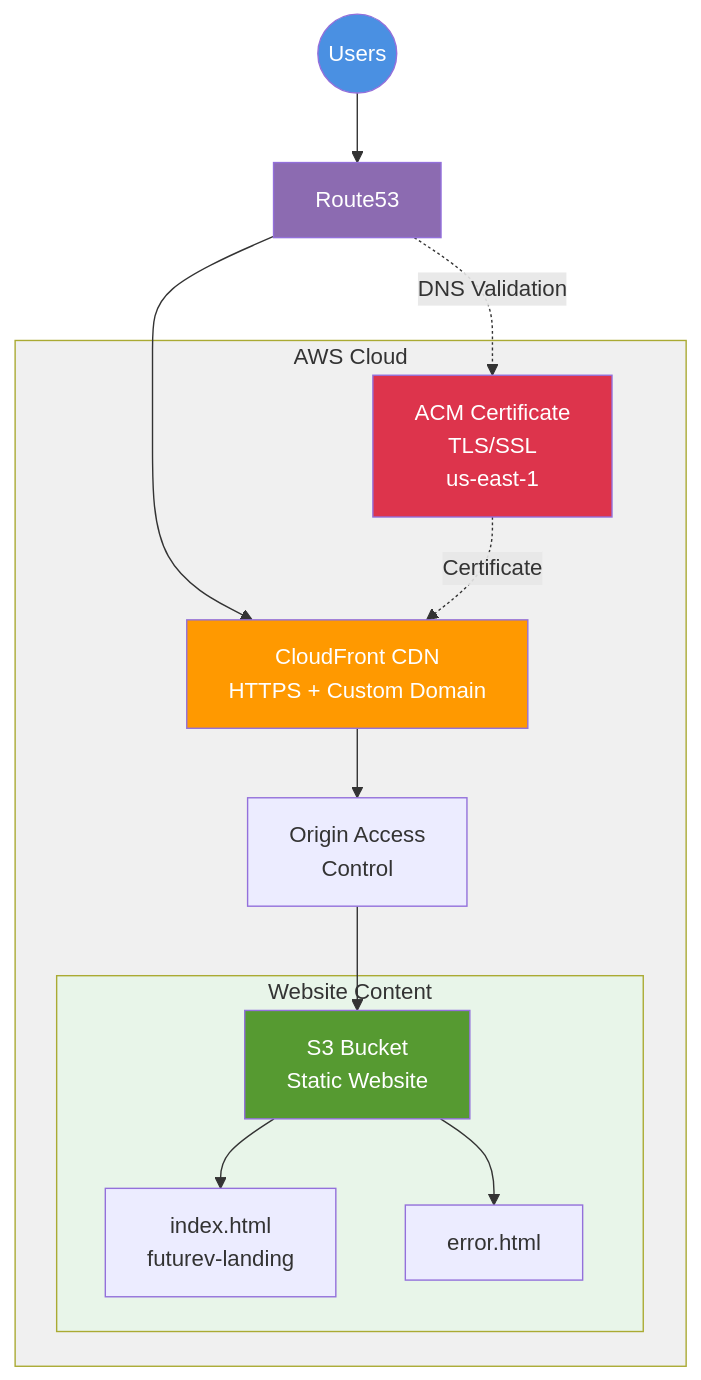
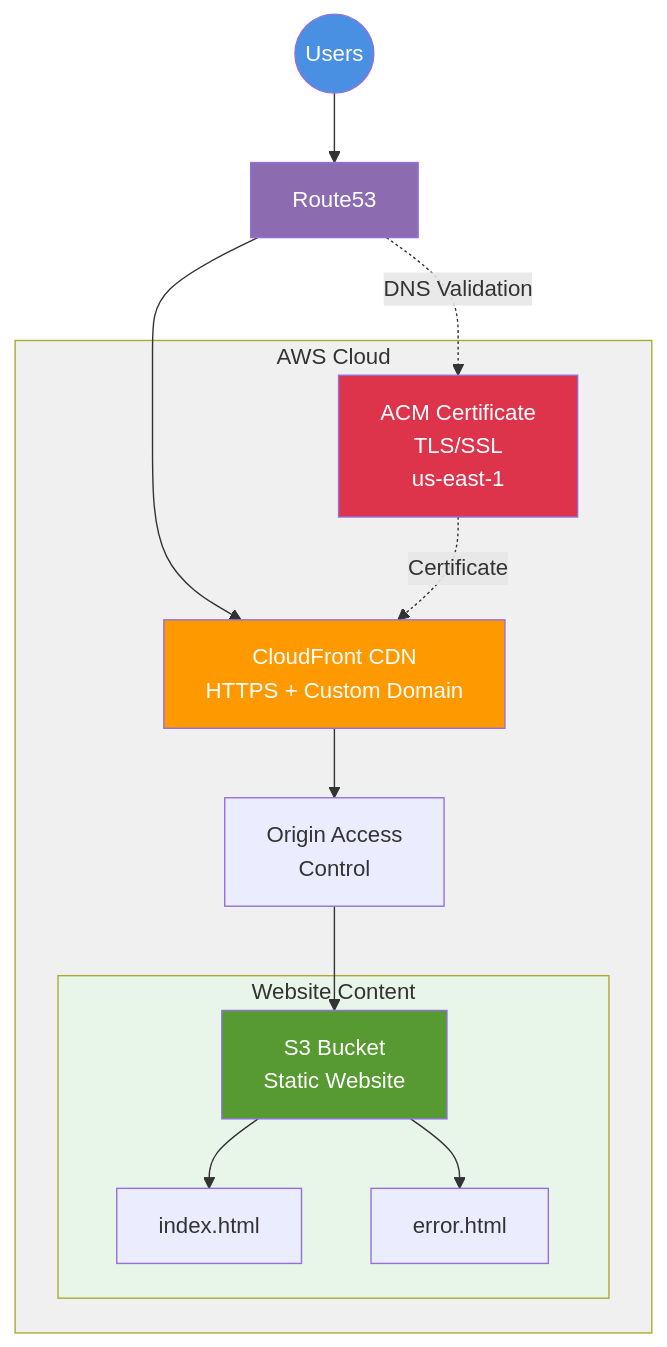
One commit to vegatros/repo1 changed the diagram in terraform/live/aws/stacks/app5/README.md. Above: the diagram before and after it, drawn with Mermaid.

Commit message:
remove domain reference from app5 mermaid diagram

````diff
--- a/terraform/live/aws/stacks/app5/README.md
+++ b/terraform/live/aws/stacks/app5/README.md
@@ -7,28 +7,28 @@
 ```mermaid
 graph TB
     Users((Users)) --> R53[Route53]
     R53 --> CF[CloudFront CDN<br/>HTTPS + Custom Domain]
     
     subgraph AWS["AWS Cloud"]
         CF --> OAC[Origin Access<br/>Control]
         OAC --> S3[S3 Bucket<br/>Static Website]
         
         ACM[ACM Certificate<br/>TLS/SSL<br/>us-east-1]
         
         subgraph Content["Website Content"]
-            S3 --> HTML[index.html<br/>futurev-landing]
+            S3 --> HTML[index.html]
             S3 --> ERR[error.html]
         end
     end
     
     ACM -.->|Certificate| CF
     R53 -.->|DNS Validation| ACM
     
     style Users fill:#4a90e2,color:#fff
     style R53 fill:#8c6bb1,color:#fff
     style CF fill:#ff9900,color:#fff
     style S3 fill:#569a31,color:#fff
     style ACM fill:#dd344c,color:#fff
     style AWS fill:#f0f0f0
     style Content fill:#e8f5e9
 ```
````
